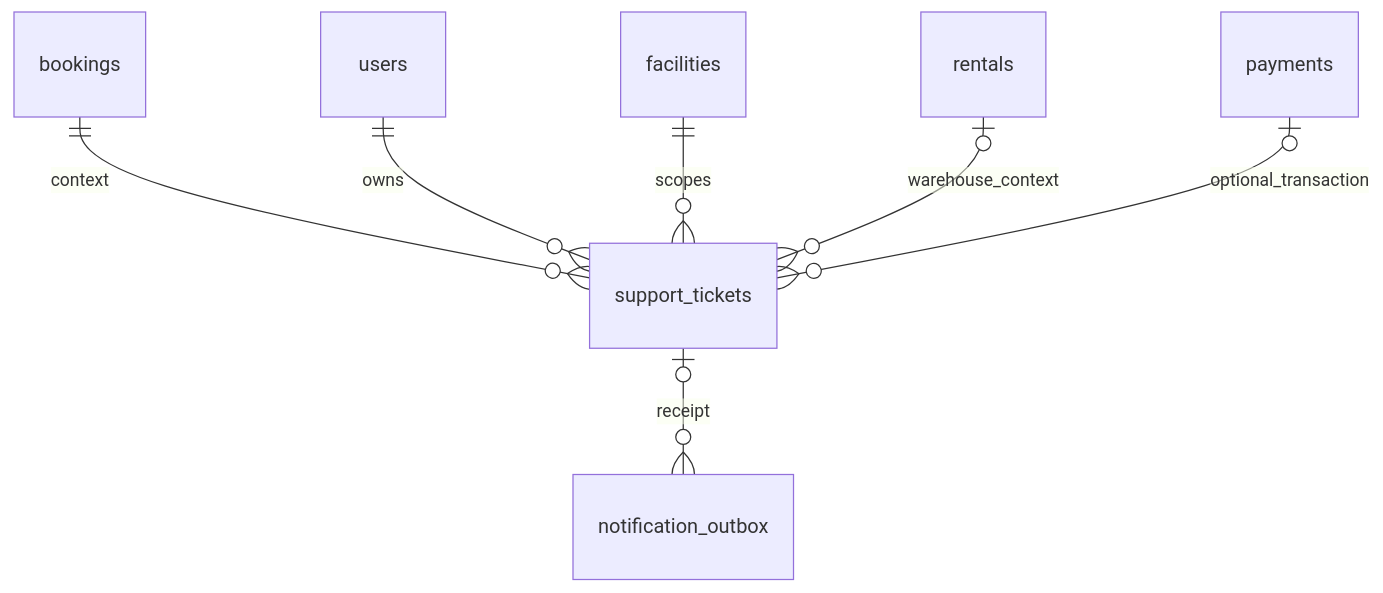
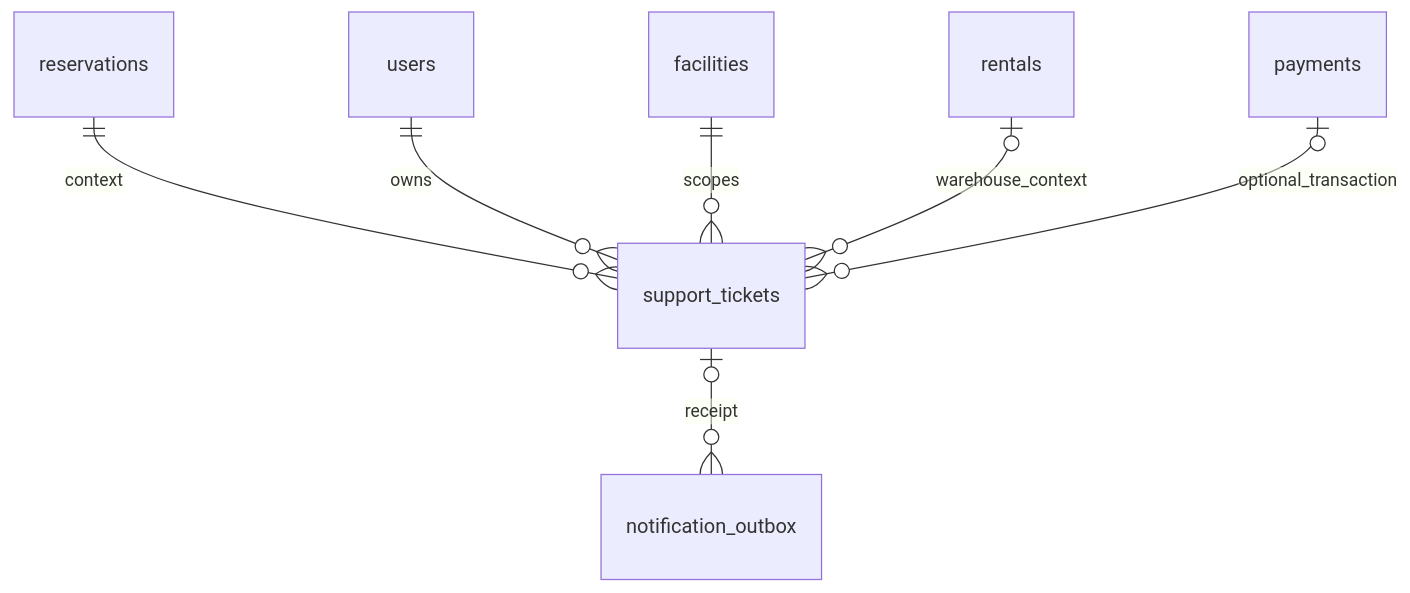
The second of 2 diagrams in docs/db-diagram.md (vlnguyen910/meta-storage), drawn with Mermaid before and after one commit. The commit also changed other lines of this file and 1 other file, not shown here.

Commit message:
docs: document reservation and appointment schema

````diff
--- a/docs/db-diagram.md
+++ b/docs/db-diagram.md
@@ -958,9 +974,9 @@
 ```mermaid
 erDiagram
-  bookings ||--o{ support_tickets : context
+  reservations ||--o{ support_tickets : context
   users ||--o{ support_tickets : owns
   facilities ||--o{ support_tickets : scopes
   rentals o|--o{ support_tickets : warehouse_context
   payments o|--o{ support_tickets : optional_transaction
   support_tickets o|--o{ notification_outbox : receipt
 ```
````
